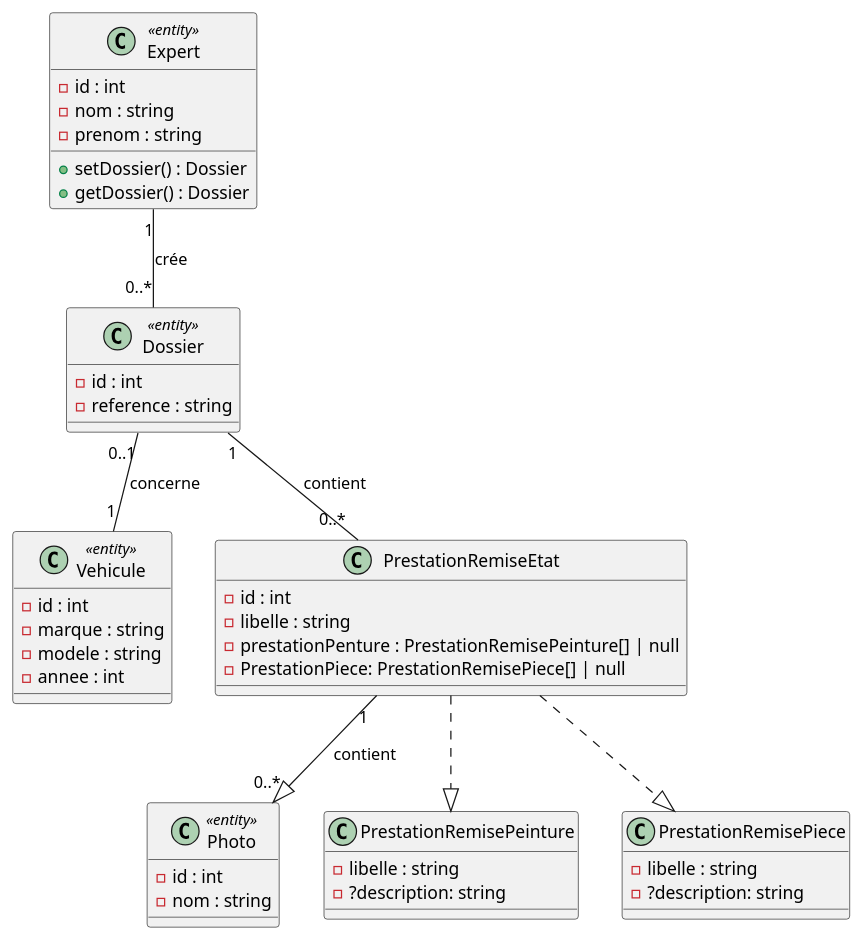
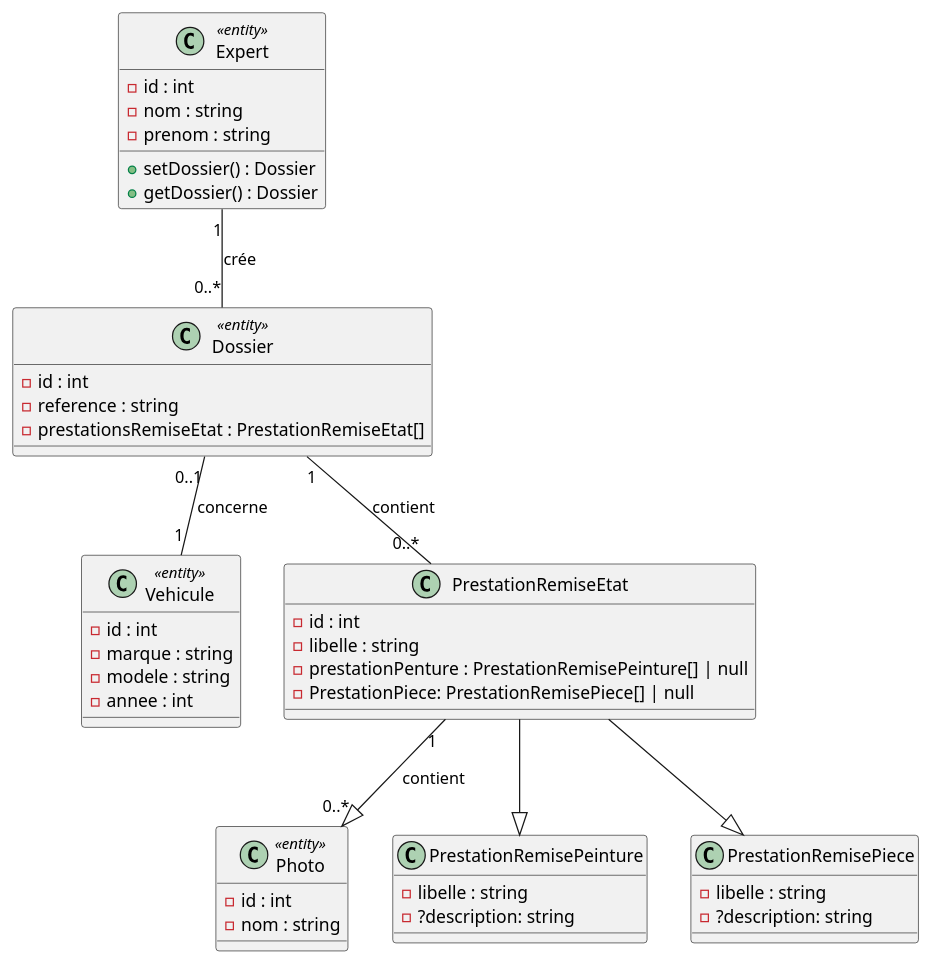
The diagram in exo_1.pu (marinasatsyk/UML_FSD), drawn with PlantUML before and after one commit. The commit also changed 2 other files, not shown here.

```diff
--- a/exo_1.pu
+++ b/exo_1.pu
@@ -1,56 +1,57 @@
 @startuml
 
 
 
 class Expert <<entity>> {
     -id : int
     -nom : string
     -prenom : string
     +setDossier() : Dossier
     +getDossier() : Dossier
 }
 
 class Vehicule <<entity>> {
     -id : int
     -marque : string
     -modele : string
     -annee : int
 }
 
 class PrestationRemiseEtat {
     -id : int
     -libelle : string
     -prestationPenture : PrestationRemisePeinture[] | null
     -PrestationPiece: PrestationRemisePiece[] | null
 
     
 }
 
 class Photo <<entity>> {
     -id : int
     -nom : string
 }
 
 class Dossier <<entity>> {
     -id : int
     -reference : string
+    -prestationsRemiseEtat : PrestationRemiseEtat[]
 }
 
 class PrestationRemisePeinture {
     -libelle : string
     -?description: string
 }
 
 class PrestationRemisePiece {
     -libelle : string
     -?description: string
 }
 
 Expert "1" -- "0..*" Dossier : crée
 Dossier "0..1" -- "1" Vehicule : concerne
 Dossier "1" -- "0..*" PrestationRemiseEtat : contient
 PrestationRemiseEtat "1" --|> "0..*" Photo : contient
-PrestationRemiseEtat ..|> PrestationRemisePeinture
-PrestationRemiseEtat ..|>PrestationRemisePiece
+PrestationRemiseEtat --|> PrestationRemisePeinture
+PrestationRemiseEtat --|>PrestationRemisePiece
 
 @enduml
```
